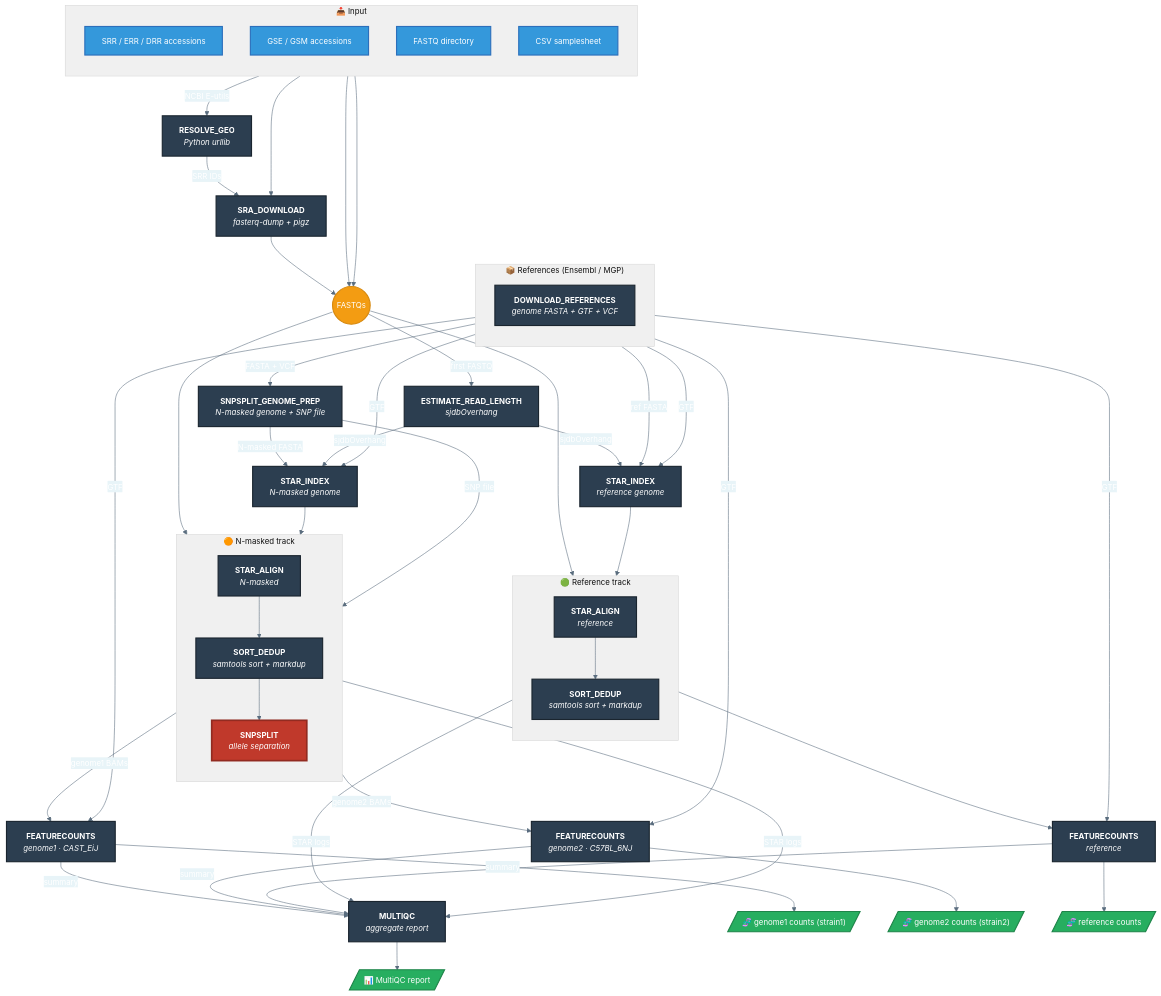
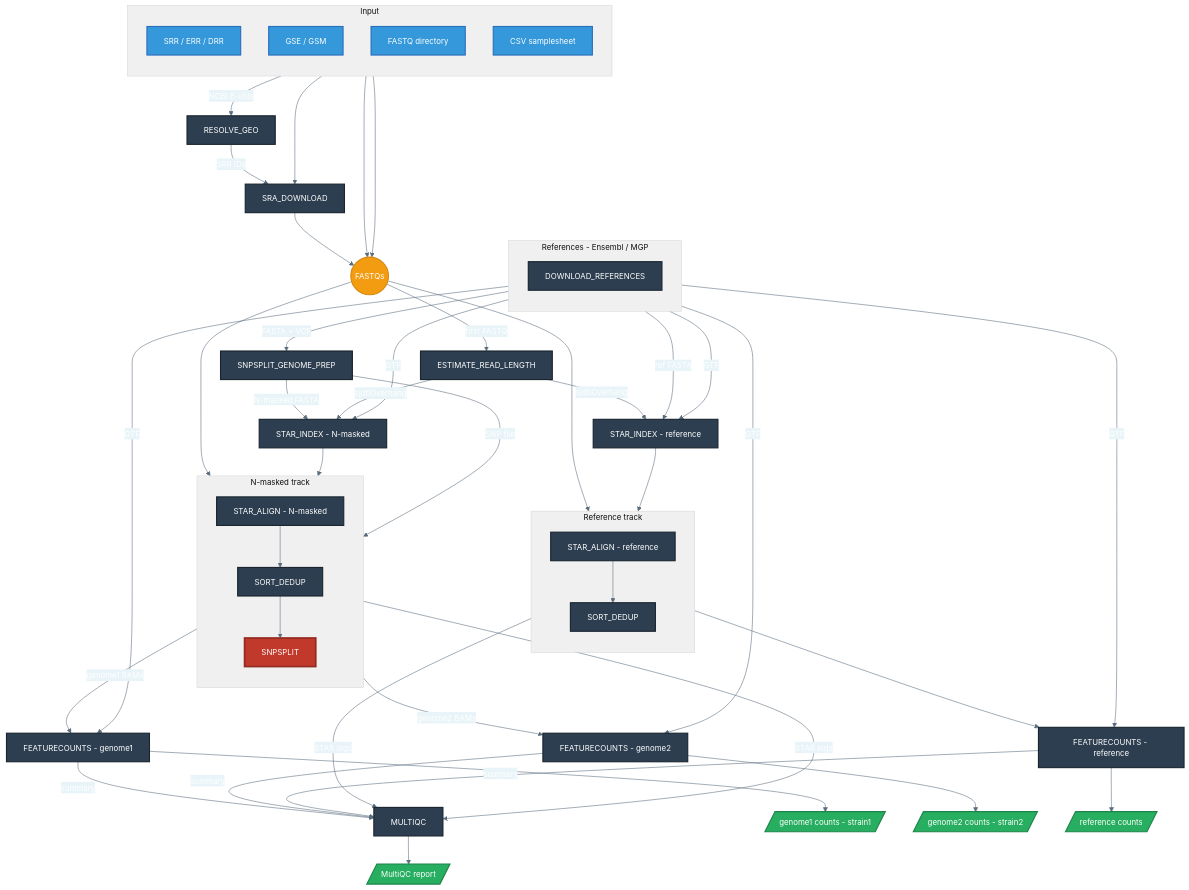
The diagram in README.md (IPNP-BIPN/SPLIT), drawn with Mermaid before and after one commit.

Commit message:
fix: remove HTML tags from Mermaid diagram (GitHub compat)

```diff
--- a/README.md
+++ b/README.md
@@ -16,78 +16,78 @@
 %%{init: {'theme': 'base', 'themeVariables': {'primaryColor': '#4a90d9', 'primaryTextColor': '#fff', 'primaryBorderColor': '#2c6fbb', 'lineColor': '#5a6d7e', 'secondaryColor': '#e8f4f8', 'tertiaryColor': '#f0f0f0', 'fontSize': '14px'}}}%%
 
 flowchart TD
-    subgraph INPUT ["📥 Input"]
+    subgraph INPUT [Input]
         direction TB
-        SRA["SRR / ERR / DRR accessions"]
-        GEO["GSE / GSM accessions"]
-        FQ_DIR["FASTQ directory"]
-        CSV["CSV samplesheet"]
+        SRA[SRR / ERR / DRR]
+        GEO[GSE / GSM]
+        FQ_DIR[FASTQ directory]
+        CSV[CSV samplesheet]
     end
 
-    GEO -->|"NCBI E-utils"| RESOLVE_GEO["<b>RESOLVE_GEO</b><br/><i>Python urllib</i>"]
-    SRA --> SRA_DOWNLOAD["<b>SRA_DOWNLOAD</b><br/><i>fasterq-dump + pigz</i>"]
+    GEO -->|NCBI E-utils| RESOLVE_GEO[RESOLVE_GEO]
+    SRA --> SRA_DOWNLOAD[SRA_DOWNLOAD]
     RESOLVE_GEO -->|SRR IDs| SRA_DOWNLOAD
-    FQ_DIR --> FASTQS(("FASTQs"))
+    FQ_DIR --> FASTQS((FASTQs))
     CSV --> FASTQS
     SRA_DOWNLOAD --> FASTQS
 
-    subgraph REFS ["📦 References  (Ensembl / MGP)"]
+    subgraph REFS [References - Ensembl / MGP]
         direction TB
-        DOWNLOAD["<b>DOWNLOAD_REFERENCES</b><br/><i>genome FASTA + GTF + VCF</i>"]
+        DOWNLOAD[DOWNLOAD_REFERENCES]
     end
 
-    DOWNLOAD -->|"FASTA + VCF"| SNPSPLIT_PREP["<b>SNPSPLIT_GENOME_PREP</b><br/><i>N-masked genome + SNP file</i>"]
+    DOWNLOAD -->|FASTA + VCF| SNPSPLIT_PREP[SNPSPLIT_GENOME_PREP]
 
-    FASTQS -->|"first FASTQ"| READ_LEN["<b>ESTIMATE_READ_LENGTH</b><br/><i>sjdbOverhang</i>"]
+    FASTQS -->|first FASTQ| READ_LEN[ESTIMATE_READ_LENGTH]
 
-    SNPSPLIT_PREP -->|"N-masked FASTA"| IDX_NMASK["<b>STAR_INDEX</b><br/><i>N-masked genome</i>"]
-    DOWNLOAD -->|"ref FASTA"| IDX_REF["<b>STAR_INDEX</b><br/><i>reference genome</i>"]
+    SNPSPLIT_PREP -->|N-masked FASTA| IDX_NMASK[STAR_INDEX - N-masked]
+    DOWNLOAD -->|ref FASTA| IDX_REF[STAR_INDEX - reference]
     DOWNLOAD -->|GTF| IDX_NMASK
     DOWNLOAD -->|GTF| IDX_REF
     READ_LEN -->|sjdbOverhang| IDX_NMASK
     READ_LEN -->|sjdbOverhang| IDX_REF
 
-    subgraph NMASK_TRACK ["🟠 N-masked track"]
+    subgraph NMASK_TRACK [N-masked track]
         direction TB
-        ALIGN_NM["<b>STAR_ALIGN</b><br/><i>N-masked</i>"]
-        SORT_NM["<b>SORT_DEDUP</b><br/><i>samtools sort + markdup</i>"]
-        SPLIT_ALLELE["<b>SNPSPLIT</b><br/><i>allele separation</i>"]
+        ALIGN_NM[STAR_ALIGN - N-masked]
+        SORT_NM[SORT_DEDUP]
+        SPLIT_ALLELE[SNPSPLIT]
     end
 
     FASTQS --> ALIGN_NM
     IDX_NMASK --> ALIGN_NM
     ALIGN_NM --> SORT_NM
     SORT_NM --> SPLIT_ALLELE
-    SNPSPLIT_PREP -->|"SNP file"| SPLIT_ALLELE
+    SNPSPLIT_PREP -->|SNP file| SPLIT_ALLELE
 
-    subgraph REF_TRACK ["🟢 Reference track"]
+    subgraph REF_TRACK [Reference track]
         direction TB
-        ALIGN_REF["<b>STAR_ALIGN</b><br/><i>reference</i>"]
-        SORT_REF["<b>SORT_DEDUP</b><br/><i>samtools sort + markdup</i>"]
+        ALIGN_REF[STAR_ALIGN - reference]
+        SORT_REF[SORT_DEDUP]
     end
 
     FASTQS --> ALIGN_REF
     IDX_REF --> ALIGN_REF
     ALIGN_REF --> SORT_REF
 
-    SPLIT_ALLELE -->|"genome1 BAMs"| FC_G1["<b>FEATURECOUNTS</b><br/><i>genome1 · CAST_EiJ</i>"]
-    SPLIT_ALLELE -->|"genome2 BAMs"| FC_G2["<b>FEATURECOUNTS</b><br/><i>genome2 · C57BL_6NJ</i>"]
-    SORT_REF --> FC_REF["<b>FEATURECOUNTS</b><br/><i>reference</i>"]
+    SPLIT_ALLELE -->|genome1 BAMs| FC_G1[FEATURECOUNTS - genome1]
+    SPLIT_ALLELE -->|genome2 BAMs| FC_G2[FEATURECOUNTS - genome2]
+    SORT_REF --> FC_REF[FEATURECOUNTS - reference]
 
     DOWNLOAD -->|GTF| FC_G1
     DOWNLOAD -->|GTF| FC_G2
     DOWNLOAD -->|GTF| FC_REF
 
-    ALIGN_NM -->|"STAR logs"| MULTIQC["<b>MULTIQC</b><br/><i>aggregate report</i>"]
-    ALIGN_REF -->|"STAR logs"| MULTIQC
+    ALIGN_NM -->|STAR logs| MULTIQC[MULTIQC]
+    ALIGN_REF -->|STAR logs| MULTIQC
     FC_G1 -->|summary| MULTIQC
     FC_G2 -->|summary| MULTIQC
     FC_REF -->|summary| MULTIQC
 
-    FC_G1 --> OUT_G1[/"🧬 genome1 counts (strain1)"/]
-    FC_G2 --> OUT_G2[/"🧬 genome2 counts (strain2)"/]
-    FC_REF --> OUT_REF[/"🧬 reference counts"/]
-    MULTIQC --> OUT_QC[/"📊 MultiQC report"/]
+    FC_G1 --> OUT_G1[/genome1 counts - strain1/]
+    FC_G2 --> OUT_G2[/genome2 counts - strain2/]
+    FC_REF --> OUT_REF[/reference counts/]
+    MULTIQC --> OUT_QC[/MultiQC report/]
 
     classDef inputStyle fill:#3498db,stroke:#2c6fbb,color:#fff,stroke-width:2px
     classDef processStyle fill:#2c3e50,stroke:#1a252f,color:#fff,stroke-width:2px
```
